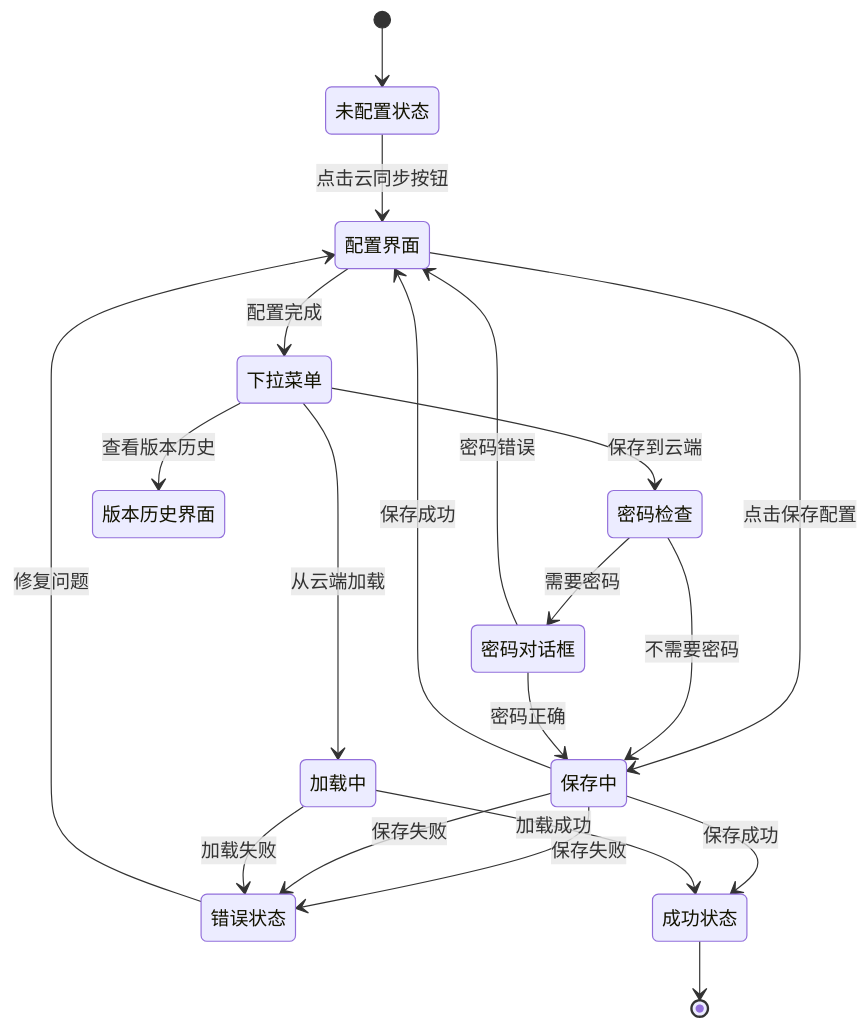
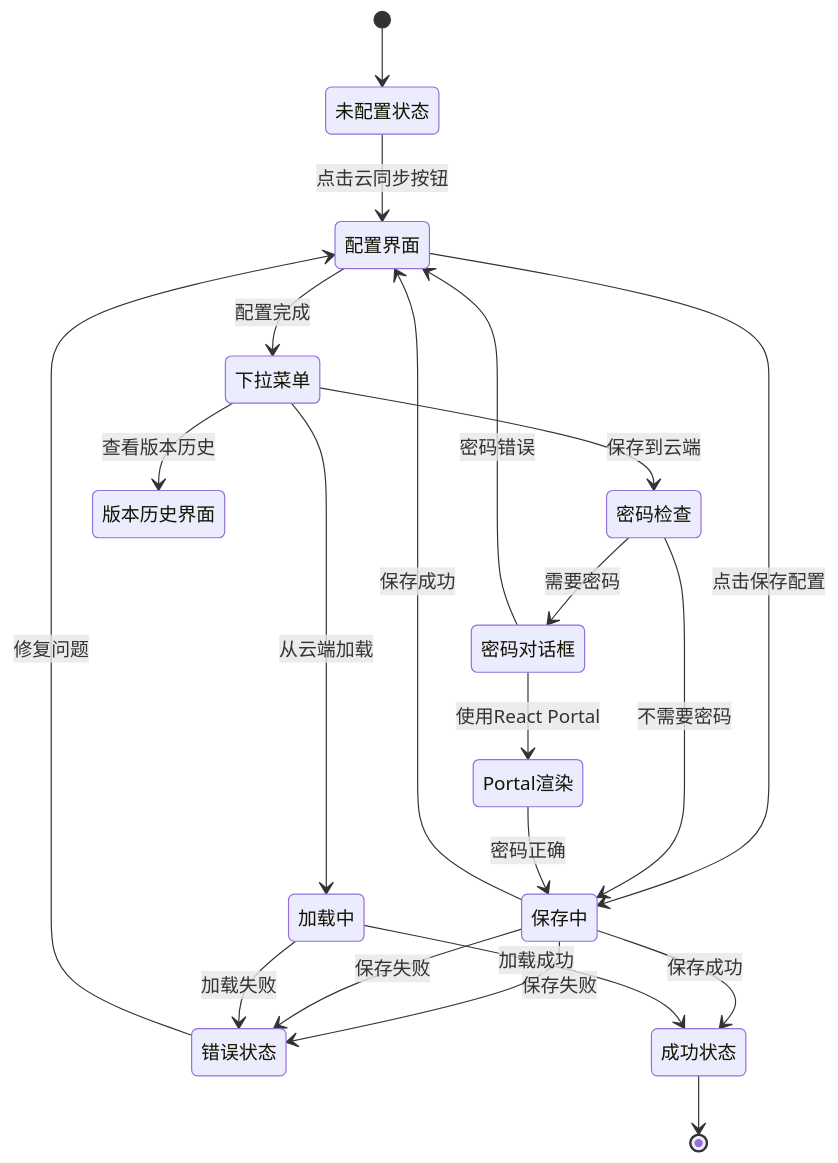
One commit to steveyu2/formula-mapper changed the sixth of 12 diagrams in .qoder/repowiki/zh/content/用户指南/数据管理/云同步集成.md. Above: the diagram before and after it, drawn with Mermaid. The commit also changed other lines of this file and 12 other files, not shown here.

````diff
--- a/.qoder/repowiki/zh/content/用户指南/数据管理/云同步集成.md
+++ b/.qoder/repowiki/zh/content/用户指南/数据管理/云同步集成.md
@@ -352,22 +373,23 @@
 ```mermaid
 stateDiagram-v2
 [*] --> 未配置状态
 未配置状态 --> 配置界面 : 点击云同步按钮
 配置界面 --> 保存中 : 点击保存配置
 保存中 --> 配置界面 : 保存成功
 保存中 --> 错误状态 : 保存失败
 配置界面 --> 下拉菜单 : 配置完成
 下拉菜单 --> 密码检查 : 保存到云端
 下拉菜单 --> 加载中 : 从云端加载
 下拉菜单 --> 版本历史界面 : 查看版本历史
 密码检查 --> 密码对话框 : 需要密码
 密码检查 --> 保存中 : 不需要密码
-密码对话框 --> 保存中 : 密码正确
+密码对话框 --> Portal渲染 : 使用React Portal
+Portal渲染 --> 保存中 : 密码正确
 密码对话框 --> 配置界面 : 密码错误
 保存中 --> 成功状态 : 保存成功
 保存中 --> 错误状态 : 保存失败
 加载中 --> 成功状态 : 加载成功
 加载中 --> 错误状态 : 加载失败
 成功状态 --> [*]
 错误状态 --> 配置界面 : 修复问题
 ```
````
